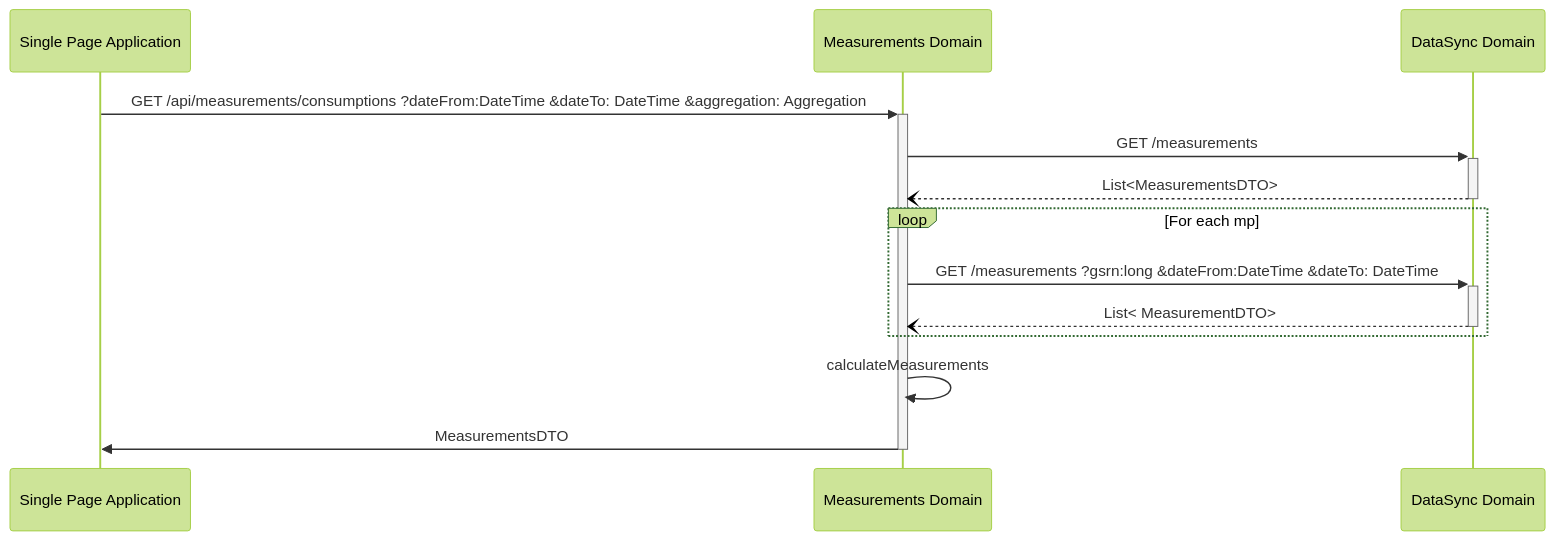
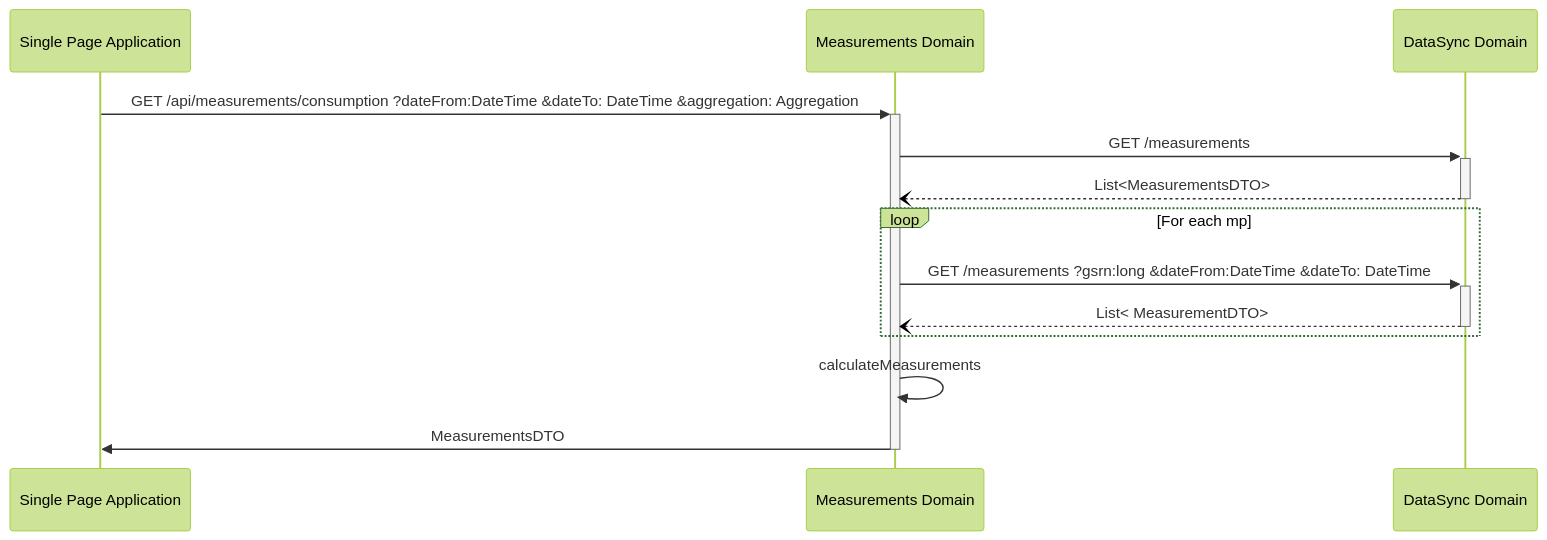
Before and after one commit to Energinet-DataHub/energy-origin: the diagram in doc/api/measurements.md, drawn with Mermaid (forest theme). The commit also changed other lines of this file and 24 other files, not shown here.

````diff
--- a/doc/api/measurements.md
+++ b/doc/api/measurements.md
@@ -40,21 +40,21 @@
 ```mermaid
 sequenceDiagram
     participant spa as Single Page Application
     participant em as Measurements Domain
     participant ds as DataSync Domain
 
-    spa->>+ em: GET /api/measurements/consumptions  ?dateFrom:DateTime  &dateTo: DateTime &aggregation: Aggregation
+    spa->>+ em: GET /api/measurements/consumption  ?dateFrom:DateTime  &dateTo: DateTime &aggregation: Aggregation
     
     em->>+ ds: GET /measurements
     ds--)- em: List<MeasurementsDTO>
     
     loop For each mp
       em ->>+ ds: GET /measurements ?gsrn:long &dateFrom:DateTime &dateTo: DateTime
         
       ds --)- em: List< MeasurementDTO>
     end
     em->> em: calculateMeasurements
 
     em->>- spa: MeasurementsDTO
 
 ```
````
